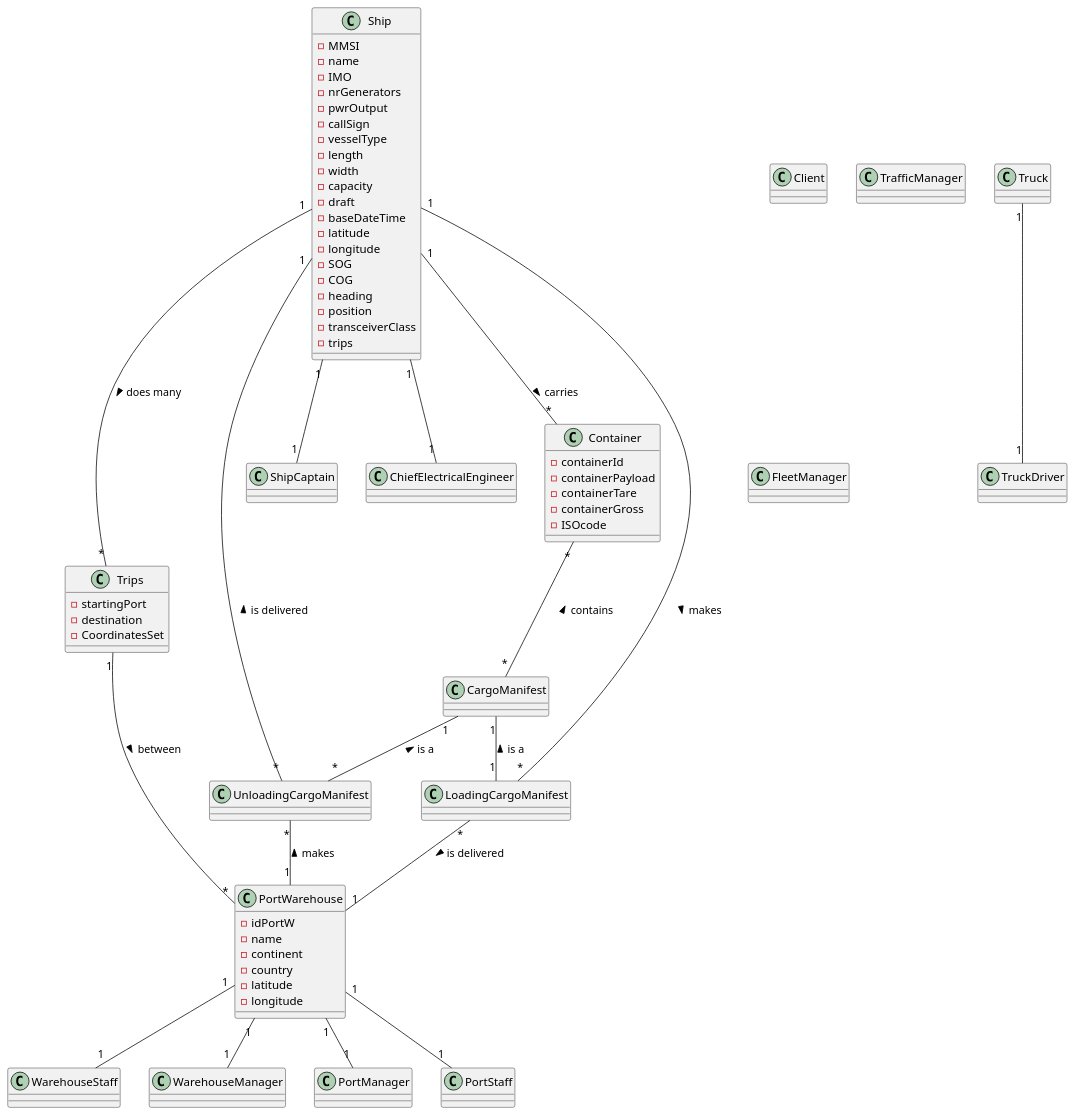
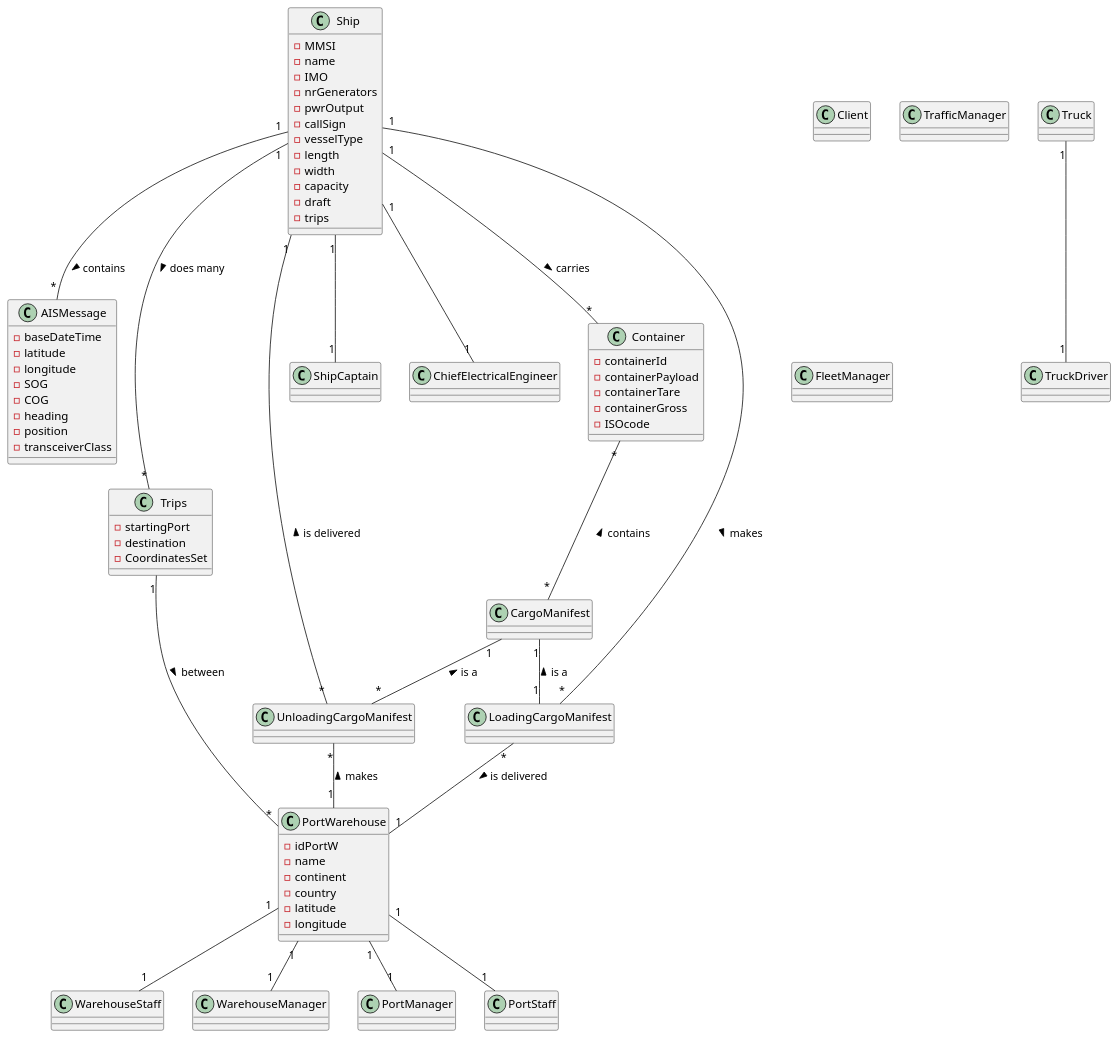
One commit to mpoboas/lapr3-2021-g102 changed the diagram in docs/Sprint1/DM.puml. Above: the diagram before and after it, drawn with PlantUML. The commit also changed 1 other file, not shown here.

```diff
--- a/docs/Sprint1/DM.puml
+++ b/docs/Sprint1/DM.puml
@@ -1,113 +1,114 @@
 @startuml
 'https://plantuml.com/class-diagram
-
-class Ship
 
 class Ship {
 -MMSI
 -name
 -IMO
 -nrGenerators
 -pwrOutput
 -callSign
 -vesselType
 -length
 -width
 -capacity
 -draft
+-trips
+}
+class AISMessage{
 -baseDateTime
 -latitude
 -longitude
 -SOG
 -COG
 -heading
 -position
 -transceiverClass
--trips
 }
 class Trips{
 -startingPort
 -destination
 -CoordinatesSet
 }
 class Truck {
 }
 
 class Container {
 -containerId
 -containerPayload
 -containerTare
 -containerGross
 -ISOcode
 }
 
 class PortWarehouse {
 -idPortW
 -name
 -continent
 -country
 -latitude
 -longitude
 }
 
 class ShipCaptain {
 }
 
 class Client {
 }
 
 class TrafficManager {
 }
 
 class FleetManager {
 }
 
 class WarehouseStaff {
 }
 
 class WarehouseManager {
 }
 
 class PortManager {
 }
 
 class PortStaff {
 }
 
 class TrafficManager {
 }
 
 class TruckDriver {
 }
 
 class ChiefElectricalEngineer {
 }
 
 class CargoManifest {
 }
 
 class LoadingCargoManifest {
 }
 
 class UnloadingCargoManifest {
 }
 
 Ship "1" -- "*" Container : carries >
+Ship "1" -- "*" AISMessage : contains >
 Ship "1" -- "1" ShipCaptain
 Ship "1" -- "1" ChiefElectricalEngineer
 Ship "1" -- "*" LoadingCargoManifest : makes >
 Ship "1" -- "*" UnloadingCargoManifest : is delivered <
 Trips "1" -- "*" PortWarehouse : between >
 Ship "1" -- "*" Trips : does many >
 Container "*" -- "*" CargoManifest : contains <
 Truck "1" -- "1" TruckDriver
 PortWarehouse "1" -- "1" WarehouseManager
 PortWarehouse "1" -- "1" WarehouseStaff
 PortWarehouse "1" -- "1" PortManager
 PortWarehouse "1" -- "1" PortStaff
 LoadingCargoManifest "1" -u- "1" CargoManifest : is a >
 LoadingCargoManifest "*" -- "1" PortWarehouse : is delivered >
 UnloadingCargoManifest "*" -- "1" PortWarehouse : makes <
 UnloadingCargoManifest "*" -u- "1" CargoManifest : is a >
 
 @enduml
```
